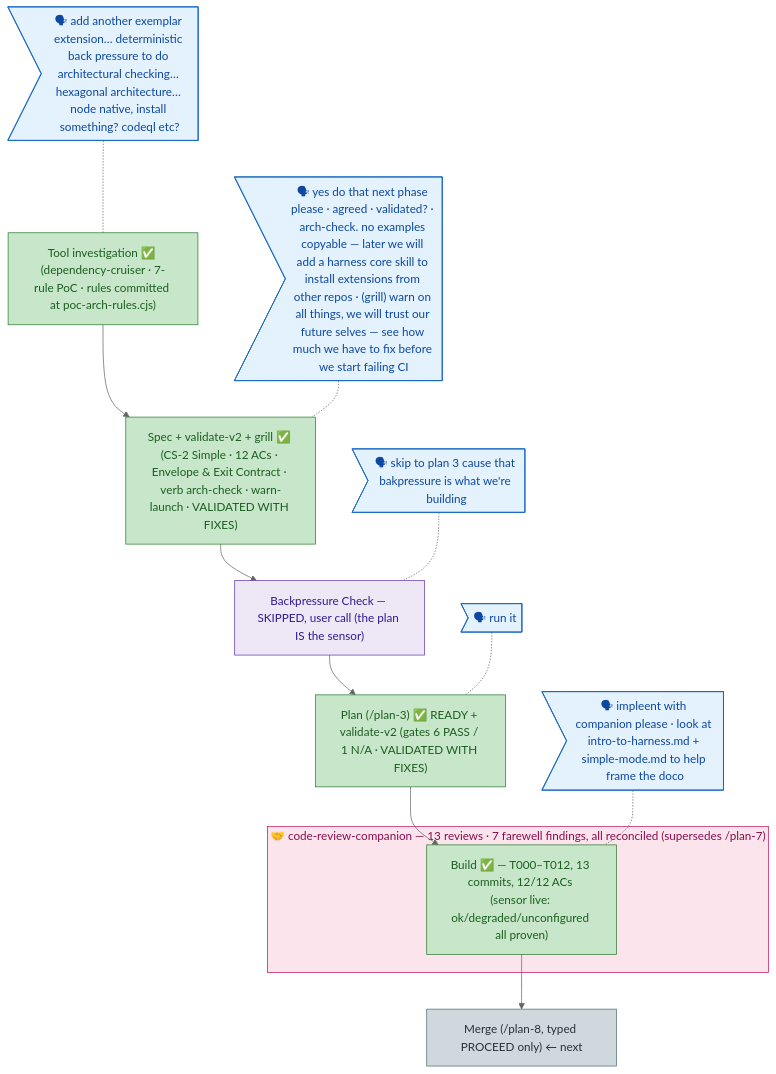
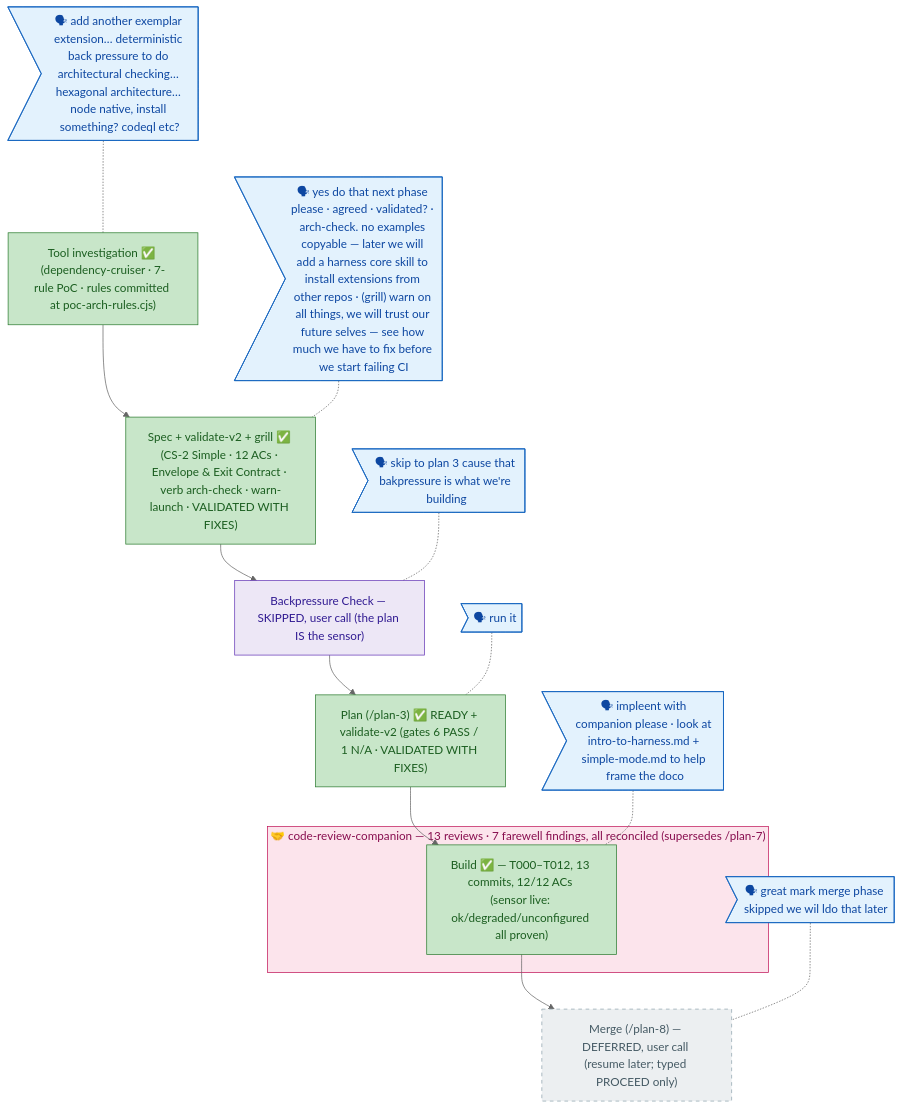
Before and after one commit to AI-Substrate/harness-engineering: the diagram in docs/plans/016-arch-conformance-extension/the-flow.md, drawn with Mermaid (neutral theme). The commit also changed other lines of this file and 2 other files, not shown here.

Commit message:
docs(016): park the merge — deferred by user call
Flow stays at awaiting-8 with the /plan-8 pending command intact, so
any future /the-flow resume re-offers it idempotently; node annotated
deferred-not-skipped (15 unmerged local commits). 016 joins 014/015 in
the parked-merge set. Merge executes only on explicit typed PROCEED.

````diff
--- a/docs/plans/016-arch-conformance-extension/the-flow.md
+++ b/docs/plans/016-arch-conformance-extension/the-flow.md
@@ -4,35 +4,37 @@
 ```mermaid
 flowchart TD
   classDef done fill:#C8E6C9,stroke:#2E7D32,color:#1B5E20;
   classDef wip fill:#FFE0B2,stroke:#EF6C00,color:#E65100;
   classDef known fill:#CFD8DC,stroke:#546E7A,color:#263238;
   classDef assumed fill:#ECEFF1,stroke:#90A4AE,color:#455A64,stroke-dasharray:5 5;
   classDef said fill:#E3F2FD,stroke:#1565C0,color:#0D47A1;
   classDef harness fill:#EDE7F6,stroke:#673AB7,color:#311B92;
   classDef companion fill:#FCE4EC,stroke:#C2185B,color:#880E4F;
 
   investigation["Tool investigation ✅ (dependency-cruiser · 7-rule PoC · rules committed at poc-arch-rules.cjs)"]:::done
   spec["Spec + validate-v2 + grill ✅ (CS-2 Simple · 12 ACs · Envelope & Exit Contract · verb arch-check · warn-launch · VALIDATED WITH FIXES)"]:::done
   backpressure["Backpressure Check — SKIPPED, user call (the plan IS the sensor)"]:::harness
   plan["Plan (/plan-3) ✅ READY + validate-v2 (gates 6 PASS / 1 N/A · VALIDATED WITH FIXES)"]:::done
 
   subgraph companion_review["🤝 code-review-companion — 13 reviews · 7 farewell findings, all reconciled (supersedes /plan-7)"]
     build["Build ✅ — T000–T012, 13 commits, 12/12 ACs (sensor live: ok/degraded/unconfigured all proven)"]:::done
   end
   class companion_review companion
 
-  merge["Merge (/plan-8, typed PROCEED only) ← next"]:::known
+  merge["Merge (/plan-8) — DEFERRED, user call (resume later; typed PROCEED only)"]:::assumed
 
   investigation --> spec --> backpressure --> plan --> build --> merge
 
   said_investigation>"🗣 add another exemplar extension… deterministic back pressure to do architectural checking… hexagonal architecture… node native, install something? codeql etc?"]:::said
   said_investigation -.- investigation
   said_spec>"🗣 yes do that next phase please · agreed · validated? · arch-check. no examples copyable — later we will add a harness core skill to install extensions from other repos · (grill) warn on all things, we will trust our future selves — see how much we have to fix before we start failing CI"]:::said
   said_spec -.- spec
   said_bp>"🗣 skip to plan 3 cause that bakpressure is what we're building"]:::said
   said_bp -.- backpressure
   said_plan>"🗣 run it"]:::said
   said_plan -.- plan
   said_build>"🗣 impleent with companion please · look at intro-to-harness.md + simple-mode.md to help frame the doco"]:::said
   said_build -.- build
+  said_merge>"🗣 great mark merge phase skipped we wil ldo that later"]:::said
+  said_merge -.- merge
 ```
````
